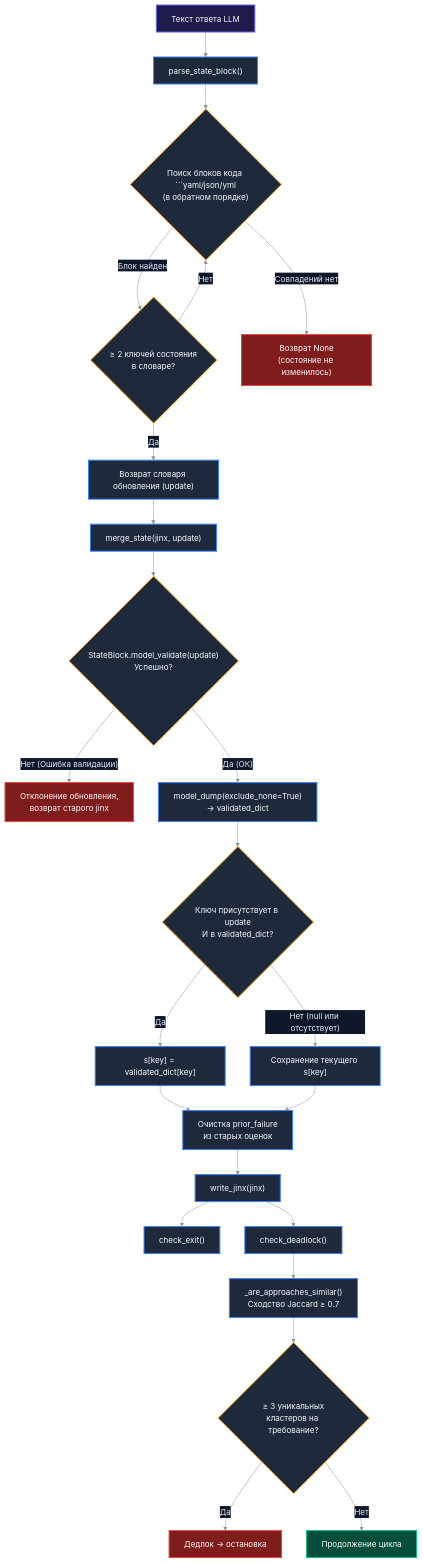
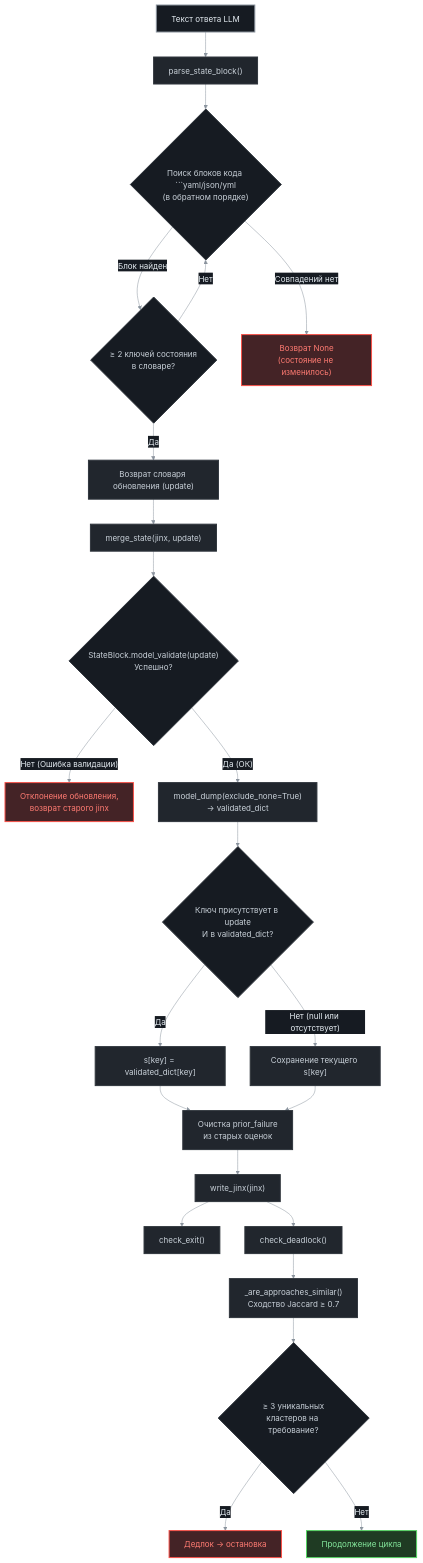
One commit to machinegpt/agent changed the third of 5 diagrams in README_RU.md. Above: the diagram before and after it, drawn with Mermaid. The commit also changed other lines of this file and 8 other files, not shown here.

````diff
--- a/README_RU.md
+++ b/README_RU.md
@@ -226,34 +226,34 @@
 ```mermaid
-%%{init: {'theme': 'base', 'themeVariables': {"darkMode": true, "primaryColor": "#1e293b", "primaryTextColor": "#e6edf3", "primaryBorderColor": "#3b82f6", "lineColor": "#8b949e", "textColor": "#e6edf3", "edgeLabelBackground": "#0f172a"}}}%%
+%%{init: {'theme': 'base', 'themeVariables': {"darkMode": true, "background": "#0d1117", "primaryColor": "#21262d", "primaryTextColor": "#e6edf3", "primaryBorderColor": "#8b949e", "lineColor": "#8b949e", "textColor": "#e6edf3", "edgeLabelBackground": "#161b22", "mainBkg": "#21262d", "nodeBorder": "#8b949e", "nodeTextColor": "#e6edf3"}}}%%
 flowchart TD
-    classDef start fill:#1e1b4b,stroke:#6366f1,stroke-width:2px,color:#f8fafc;
-    classDef process fill:#1e293b,stroke:#3b82f6,stroke-width:2px,color:#f8fafc;
-    classDef decision fill:#1e293b,stroke:#f59e0b,stroke-width:2px,color:#f8fafc;
-    classDef success fill:#064e3b,stroke:#10b981,stroke-width:2px,color:#f8fafc;
-    classDef danger fill:#7f1d1d,stroke:#ef4444,stroke-width:2px,color:#f8fafc;
+    classDef start fill:#161b22,stroke:#8b949e,stroke-width:2px,color:#e6edf3;
+    classDef process fill:#21262d,stroke:#30363d,stroke-width:2px,color:#c9d1d9;
+    classDef decision fill:#161b22,stroke:#30363d,stroke-width:2px,color:#c9d1d9;
+    classDef success fill:#1f3b23,stroke:#56d364,stroke-width:2px,color:#85e89d;
+    classDef danger fill:#442326,stroke:#f85149,stroke-width:2px,color:#ff7b72;
 
     A["Текст ответа LLM"]:::start --> B["parse_state_block()"]:::process
     B --> C{"Поиск блоков кода ```yaml/json/yml<br/>(в обратном порядке)"}:::decision
     C -->|"Блок найден"| D{"≥ 2 ключей состояния<br/>в словаре?"}:::decision
     D -->|"Да"| E["Возврат словаря обновления (update)"]:::process
     D -->|"Нет"| C
     C -->|"Совпадений нет"| F["Возврат None<br/>(состояние не изменилось)"]:::danger
 
     E --> G["merge_state(jinx, update)"]:::process
     G --> H{"StateBlock.model_validate(update)<br/>Успешно?"}:::decision
     H -->|"Нет (Ошибка валидации)"| I["Отклонение обновления,<br/>возврат старого jinx"]:::danger
     H -->|"Да (ОК)"| J["model_dump(exclude_none=True)<br/>→ validated_dict"]:::process
     J --> K{"Ключ присутствует в update<br/>И в validated_dict?"}:::decision
     K -->|"Да"| L["s[key] = validated_dict[key]"]:::process
     K -->|"Нет (null или отсутствует)"| M["Сохранение текущего s[key]"]:::process
     L --> N["Очистка prior_failure<br/>из старых оценок"]:::process
     M --> N
     N --> O["write_jinx(jinx)"]:::process
 
     O --> P["check_exit()"]:::process
     O --> Q["check_deadlock()"]:::process
     Q --> R["_are_approaches_similar()<br/>Сходство Jaccard ≥ 0.7"]:::process
     R --> S{"≥ 3 уникальных<br/>кластеров на требование?"}:::decision
     S -->|"Да"| T["Дедлок → остановка"]:::danger
     S -->|"Нет"| U["Продолжение цикла"]:::success
 ```
````
